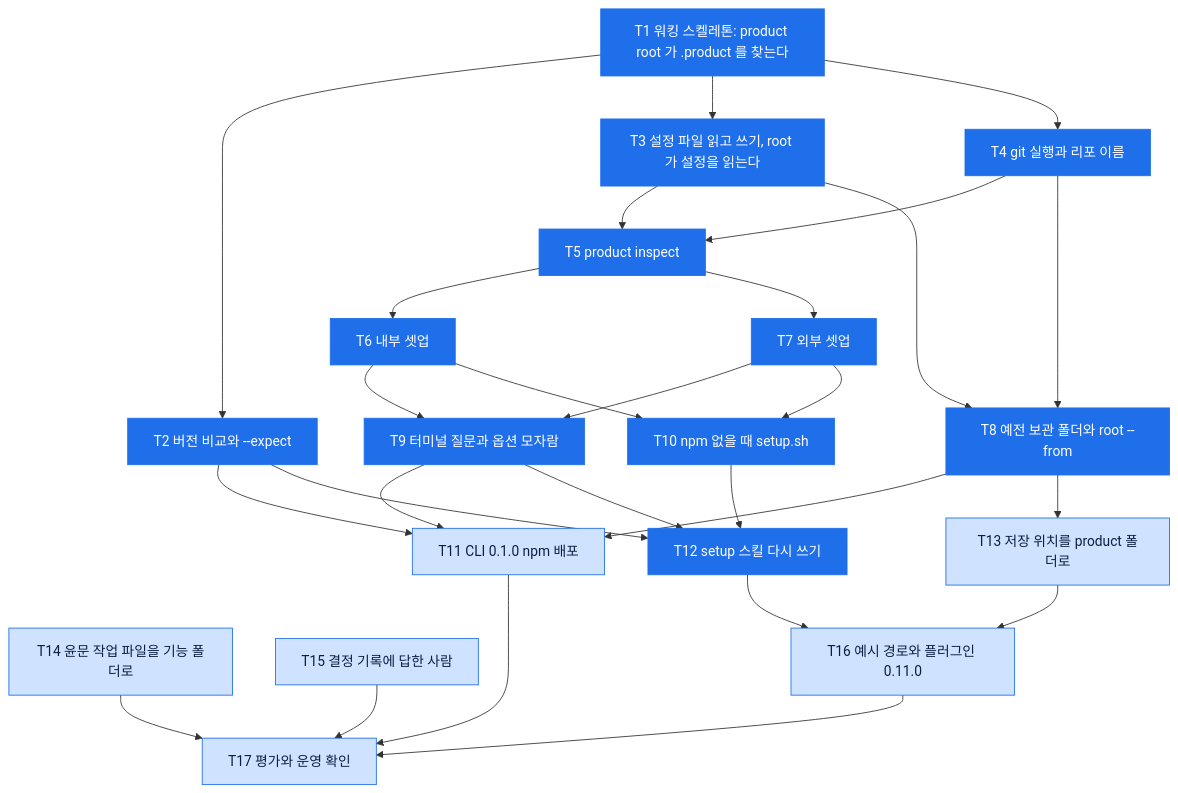
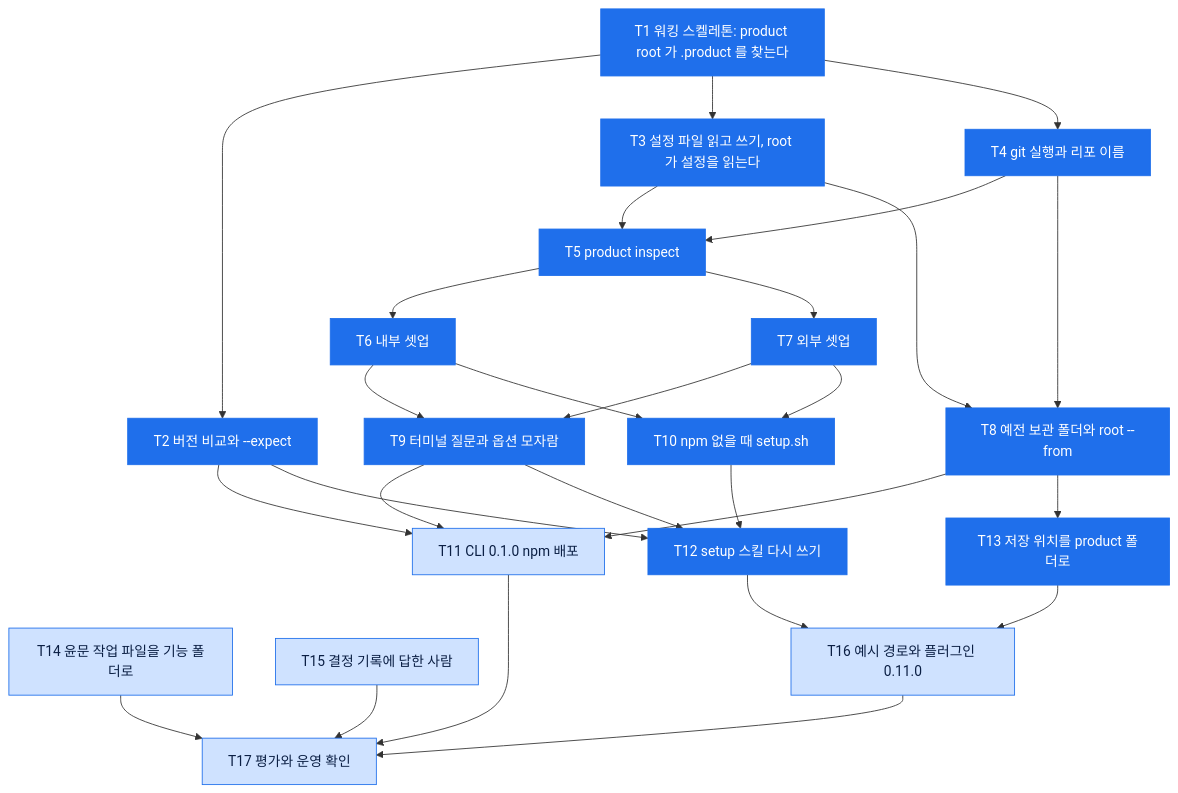
Before and after one commit to dorage/product-skills: the diagram in .product/features/261122_setup-method/tasks.md, drawn with Mermaid. The commit also changed other lines of this file and 1 other file, not shown here.

Commit message:
feat(product):셋업한 product 폴더에 문서가 모이게 저장 위치 변경

````diff
--- a/.product/features/261122_setup-method/tasks.md
+++ b/.product/features/261122_setup-method/tasks.md
@@ -7,50 +7,50 @@
 ```mermaid
 flowchart TD
     T1["T1 워킹 스켈레톤: product root 가 .product 를 찾는다"]
     T2["T2 버전 비교와 --expect"]
     T3["T3 설정 파일 읽고 쓰기, root 가 설정을 읽는다"]
     T4["T4 git 실행과 리포 이름"]
     T5["T5 product inspect"]
     T6["T6 내부 셋업"]
     T7["T7 외부 셋업"]
     T8["T8 예전 보관 폴더와 root --from"]
     T9["T9 터미널 질문과 옵션 모자람"]
     T10["T10 npm 없을 때 setup.sh"]
     T11["T11 CLI 0.1.0 npm 배포"]
     T12["T12 setup 스킬 다시 쓰기"]
     T13["T13 저장 위치를 product 폴더로"]
     T14["T14 윤문 작업 파일을 기능 폴더로"]
     T15["T15 결정 기록에 답한 사람"]
     T16["T16 예시 경로와 플러그인 0.11.0"]
     T17["T17 평가와 운영 확인"]
     T1 --> T2
     T1 --> T3
     T1 --> T4
     T3 --> T5
     T4 --> T5
     T5 --> T6
     T5 --> T7
     T3 --> T8
     T4 --> T8
     T6 --> T9
     T7 --> T9
     T6 --> T10
     T7 --> T10
     T2 --> T11
     T8 --> T11
     T9 --> T11
     T9 --> T12
     T10 --> T12
     T2 --> T12
     T8 --> T13
     T12 --> T16
     T13 --> T16
     T11 --> T17
     T14 --> T17
     T15 --> T17
     T16 --> T17
     classDef done fill:#1f6feb,stroke:#1f6feb,color:#ffffff
     classDef todo fill:#cfe2ff,stroke:#1f6feb,color:#0b1f44
-    class T1,T2,T3,T4,T5,T6,T7,T8,T9,T10,T12 done
-    class T11,T13,T14,T15,T16,T17 todo
+    class T1,T2,T3,T4,T5,T6,T7,T8,T9,T10,T12,T13 done
+    class T11,T14,T15,T16,T17 todo
 ```
````
